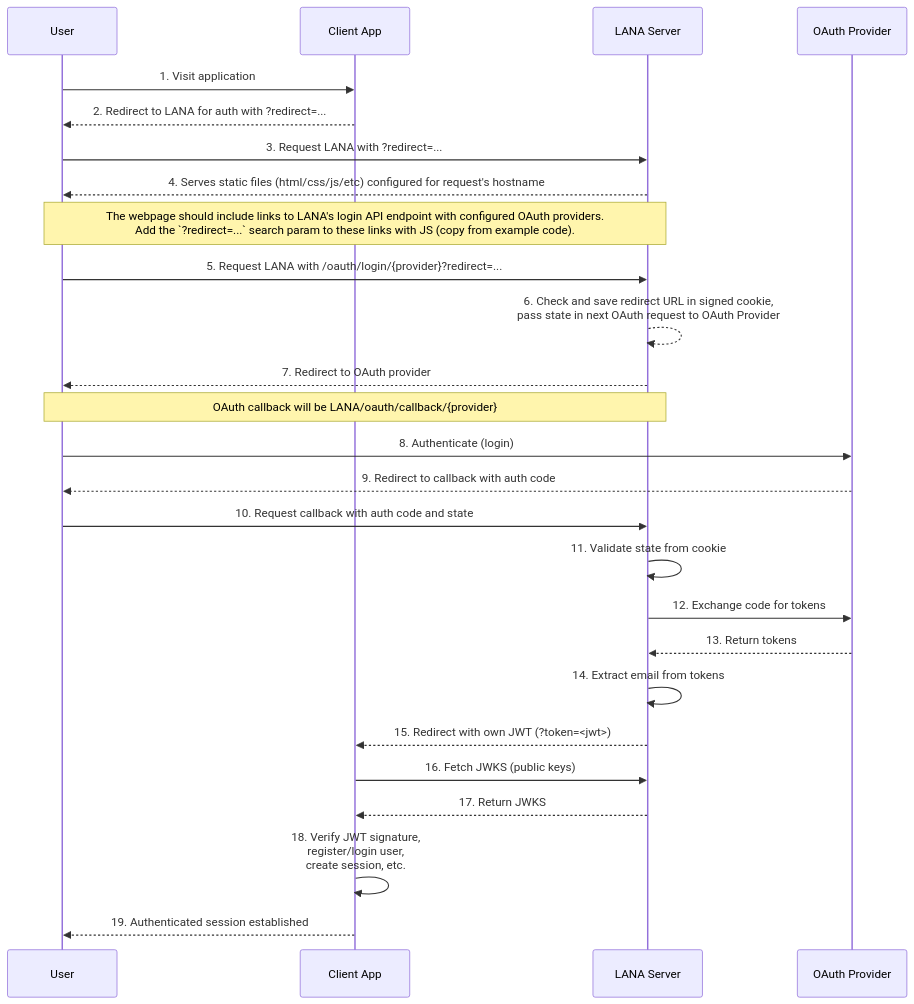
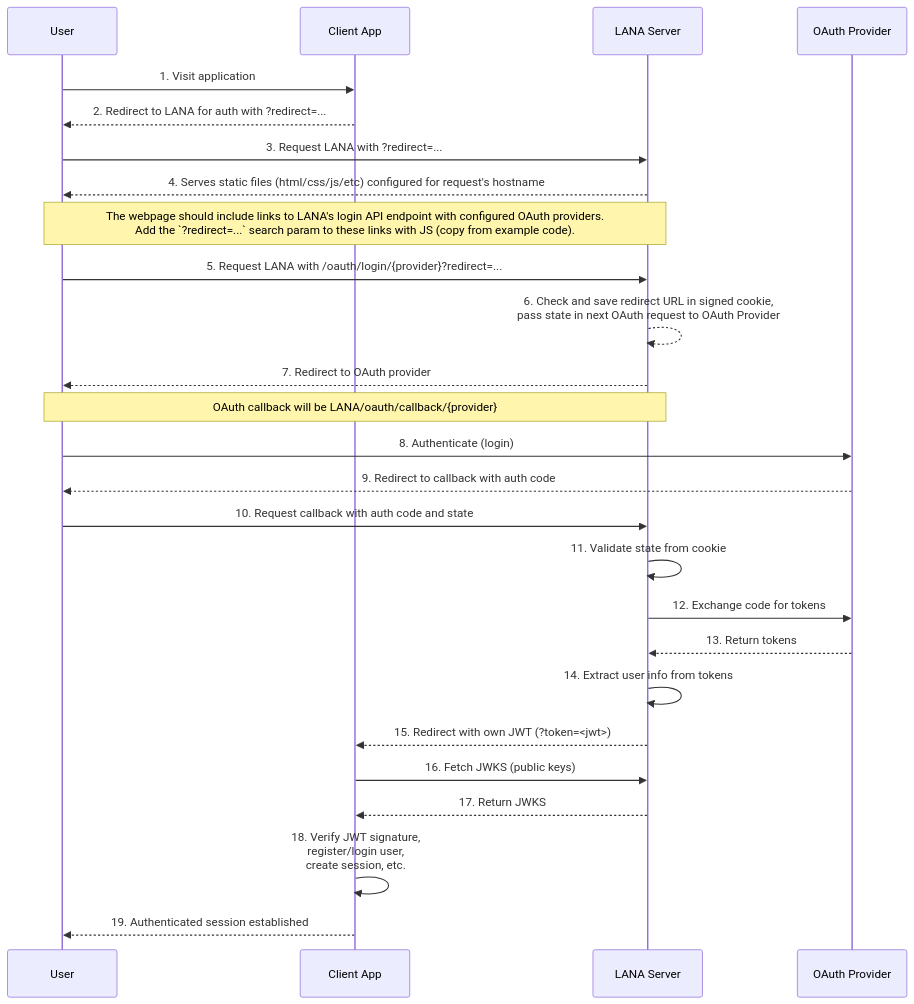
Before and after one commit to iamolegga/lana: the diagram in README.md, drawn with Mermaid. The commit also changed other lines of this file and 7 other files, not shown here.

````diff
--- a/README.md
+++ b/README.md
@@ -13,29 +13,29 @@
 ```mermaid
 sequenceDiagram
     participant User
     participant App as Client App
     participant LANA as LANA Server
     participant OAuth as OAuth Provider
 
     User->>App: 1. Visit application
     App-->>User: 2. Redirect to LANA for auth with ?redirect=...
     User->>LANA: 3. Request LANA with ?redirect=...
     LANA-->>User: 4. Serves static files (html/css/js/etc) configured for request's hostname
     Note over User,LANA: The webpage should include links to LANA's login API endpoint with configured OAuth providers.<br/>Add the `?redirect=...` search param to these links with JS (copy from example code).
     User->>LANA: 5. Request LANA with /oauth/login/{provider}?redirect=...
     LANA-->>LANA: 6. Check and save redirect URL in signed cookie,<br/>pass state in next OAuth request to OAuth Provider
     LANA-->>User: 7. Redirect to OAuth provider
     Note over User,LANA: OAuth callback will be LANA/oauth/callback/{provider}
     User->>OAuth: 8. Authenticate (login)
     OAuth-->>User: 9. Redirect to callback with auth code
     User->>LANA: 10. Request callback with auth code and state
     LANA->>LANA: 11. Validate state from cookie
     LANA->>OAuth: 12. Exchange code for tokens
     OAuth-->>LANA: 13. Return tokens
-    LANA->>LANA: 14. Extract email from tokens
+    LANA->>LANA: 14. Extract user info from tokens
     LANA-->>App: 15. Redirect with own JWT (?token=<jwt>)
     App->>LANA: 16. Fetch JWKS (public keys)
     LANA-->>App: 17. Return JWKS
     App->>App: 18. Verify JWT signature,<br/>register/login user,<br/>create session, etc.
     App-->>User: 19. Authenticated session established
 ```
````
